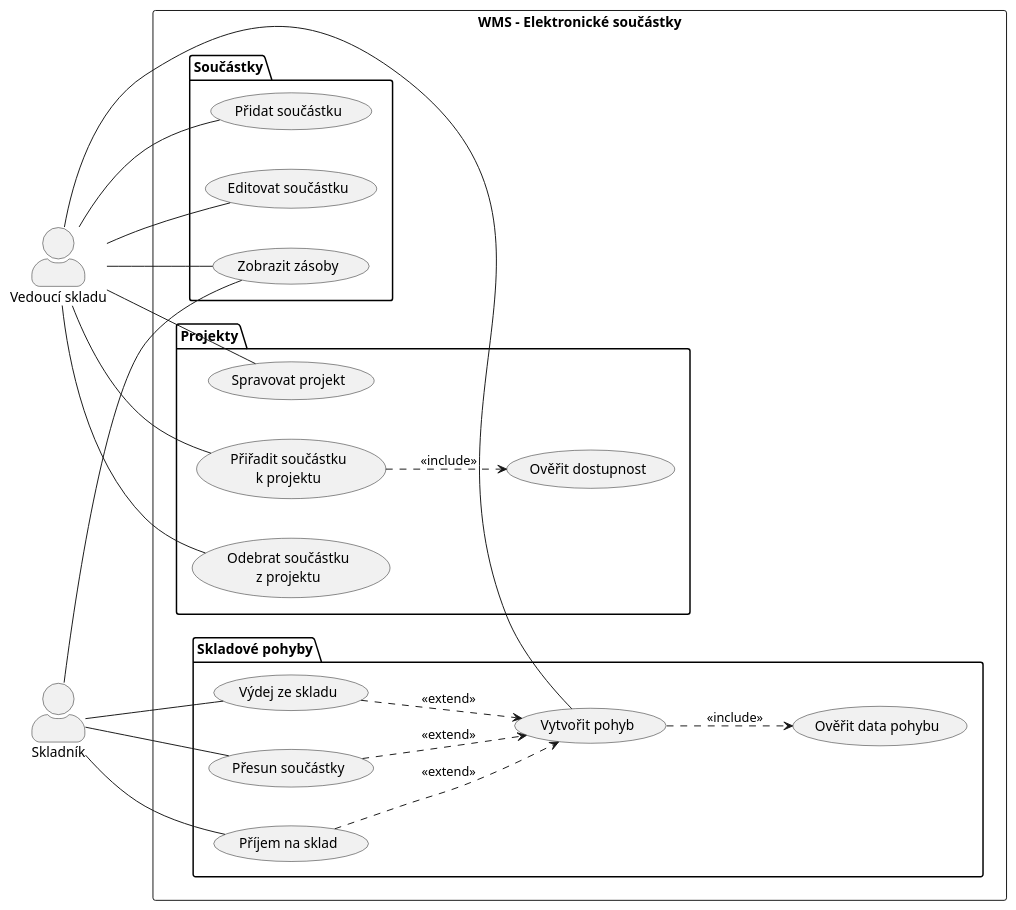
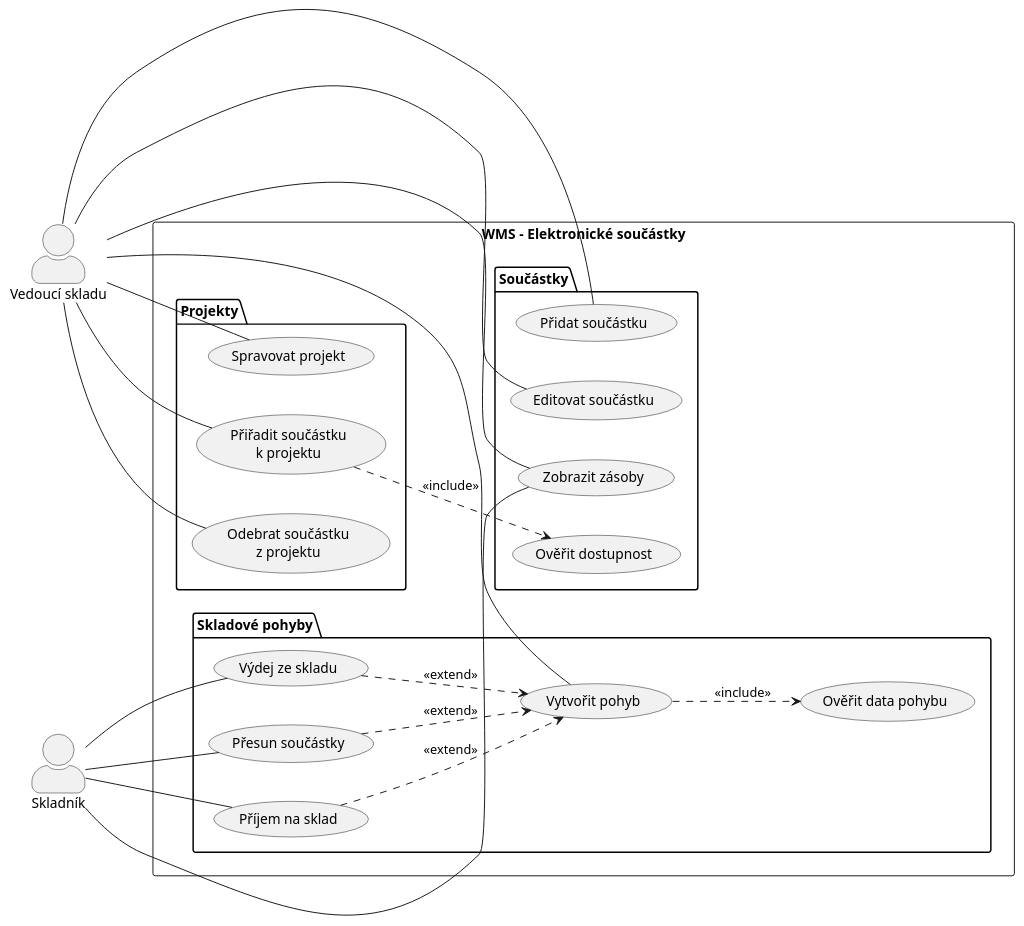
Before and after one commit to lkvapil/kOdevzdaniProjektWMS: the diagram in diagrams/01_use_case.puml, drawn with PlantUML. The commit also changed other lines of this file and 1 other file, not shown here.

Commit message:
Use Case – Ověřit dostupnost přesunuta do balíčku Součástky

```diff
--- a/diagrams/01_use_case.puml
+++ b/diagrams/01_use_case.puml
@@ -1,59 +1,59 @@
 @startuml 01_use_case
 left to right direction
 skinparam actorStyle awesome
 skinparam nodesep 40
 skinparam ranksep 60
 
 actor "Vedoucí skladu" as Vedouci
 actor "Skladník" as Skladnik
 
 rectangle "WMS – Elektronické součástky" {
 
   package "Projekty" {
     usecase "Spravovat projekt" as UC_PROJEKT
     usecase "Přiřadit součástku\nk projektu" as UC_PRIRADIT
     usecase "Odebrat součástku\nz projektu" as UC_ODEBRAT
-    usecase "Ověřit dostupnost" as UC_DOSTUPNOST
   }
 
   package "Součástky" {
     usecase "Přidat součástku" as UC_ADD
     usecase "Editovat součástku" as UC_EDIT
     usecase "Zobrazit zásoby" as UC_ZASOBY
+    usecase "Ověřit dostupnost" as UC_DOSTUPNOST
   }
 
   package "Skladové pohyby" {
     usecase "Vytvořit pohyb" as UC_POHYB
     usecase "Ověřit data pohybu" as UC_OVERIT
     usecase "Příjem na sklad" as UC_PRIJEM
     usecase "Výdej ze skladu" as UC_VYDEJ
     usecase "Přesun součástky" as UC_PRESUN
   }
 
 }
 
 ' Vedoucí skladu – horní aktér
 Vedouci -- UC_PROJEKT
 Vedouci -- UC_PRIRADIT
 Vedouci -- UC_ODEBRAT
 Vedouci -- UC_ADD
 Vedouci -- UC_EDIT
 Vedouci -- UC_ZASOBY
 Vedouci -- UC_POHYB
 
 ' Skladník – dolní aktér
 Skladnik -- UC_PRIJEM
 Skladnik -- UC_VYDEJ
 Skladnik -- UC_PRESUN
 Skladnik -- UC_ZASOBY
 
 ' include
 UC_POHYB    ..> UC_OVERIT     : <<include>>
 UC_PRIRADIT ..> UC_DOSTUPNOST : <<include>>
 
 ' extend
 UC_PRIJEM ..> UC_POHYB : <<extend>>
 UC_VYDEJ  ..> UC_POHYB : <<extend>>
 UC_PRESUN ..> UC_POHYB : <<extend>>
 
 @enduml
```
